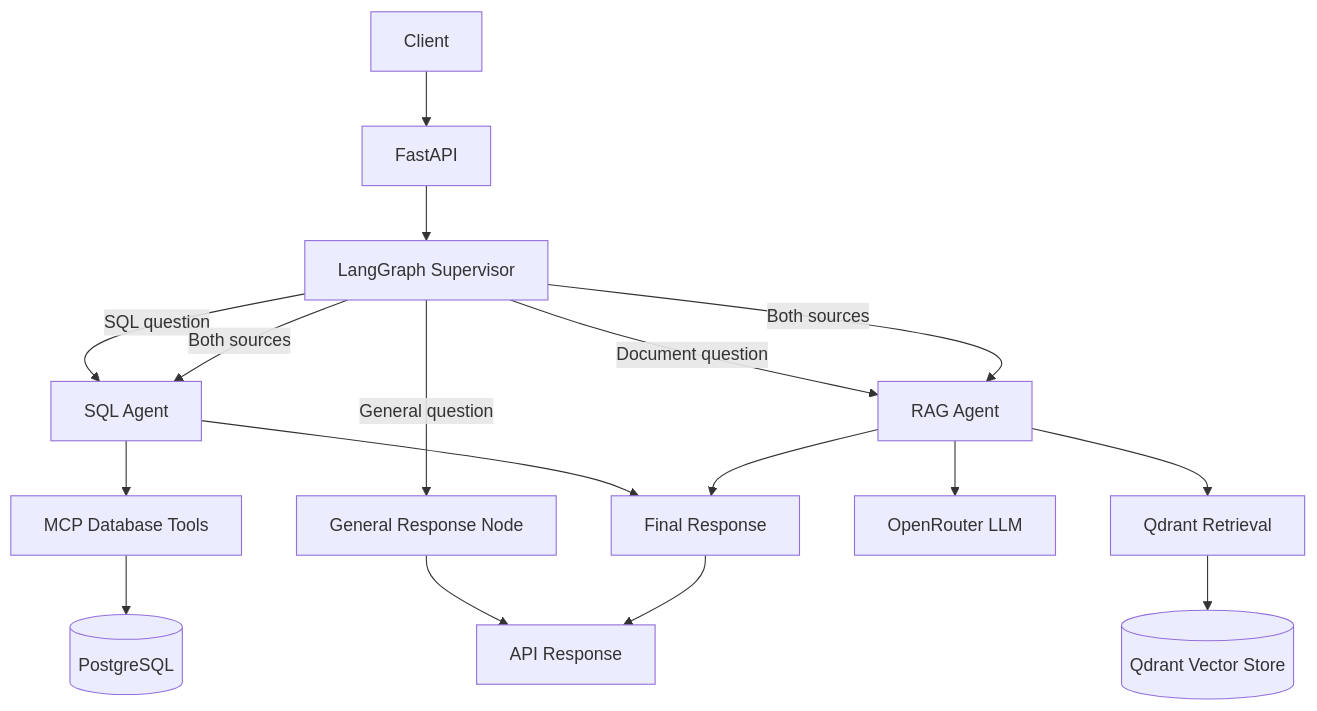
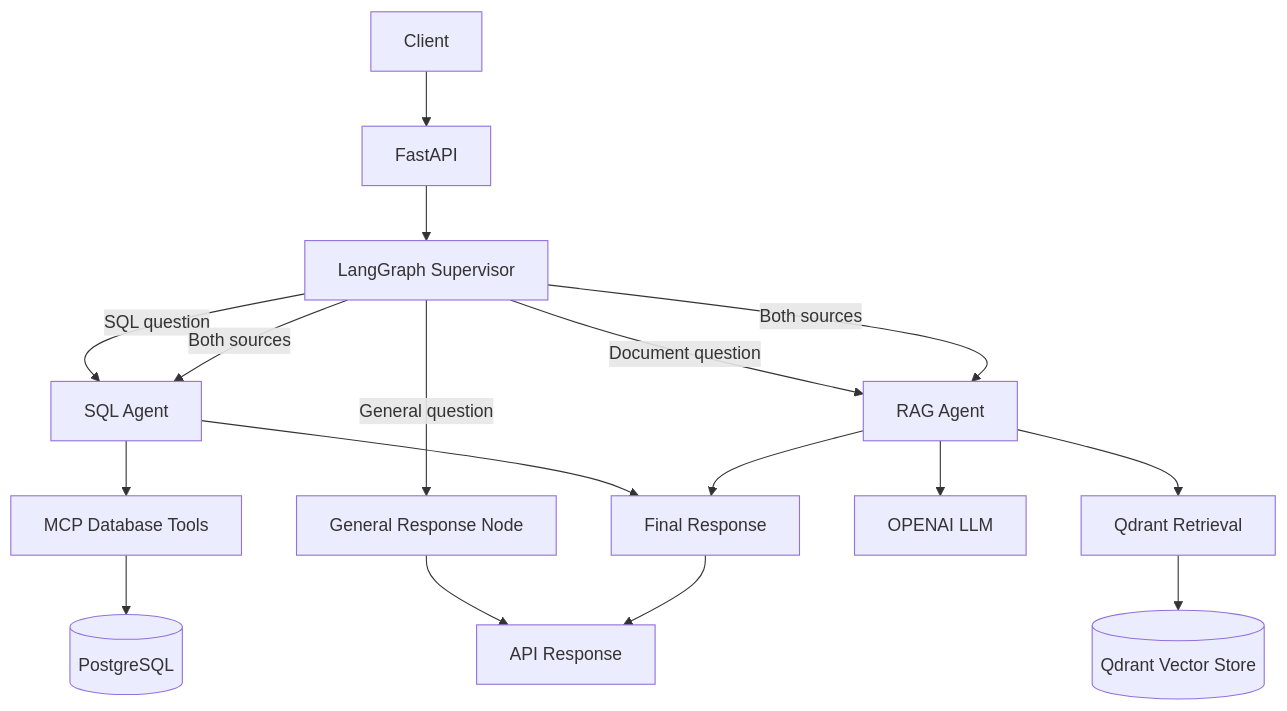
The diagram in README.md (ajtiwari1/DataNexus-AI), drawn with Mermaid before and after one commit. The commit also changed 12 other files, not shown here.

````diff
--- a/README.md
+++ b/README.md
@@ -22,23 +22,23 @@
 ```mermaid
 flowchart TD
     U[Client] --> API[FastAPI]
     API --> S[LangGraph Supervisor]
 
     S -->|SQL question| SQL[SQL Agent]
     S -->|Document question| RAG[RAG Agent]
     S -->|Both sources| SQL
     S -->|Both sources| RAG
     S -->|General question| G[General Response Node]
 
     SQL --> MCP[MCP Database Tools]
     MCP --> DB[(PostgreSQL)]
 
     RAG --> RET[Qdrant Retrieval]
     RET --> V[(Qdrant Vector Store)]
-    RAG --> LLM[OpenRouter LLM]
+    RAG --> LLM[OPENAI LLM]
 
     SQL --> F[Final Response]
     RAG --> F
     G --> END[API Response]
     F --> END
 ```
````
